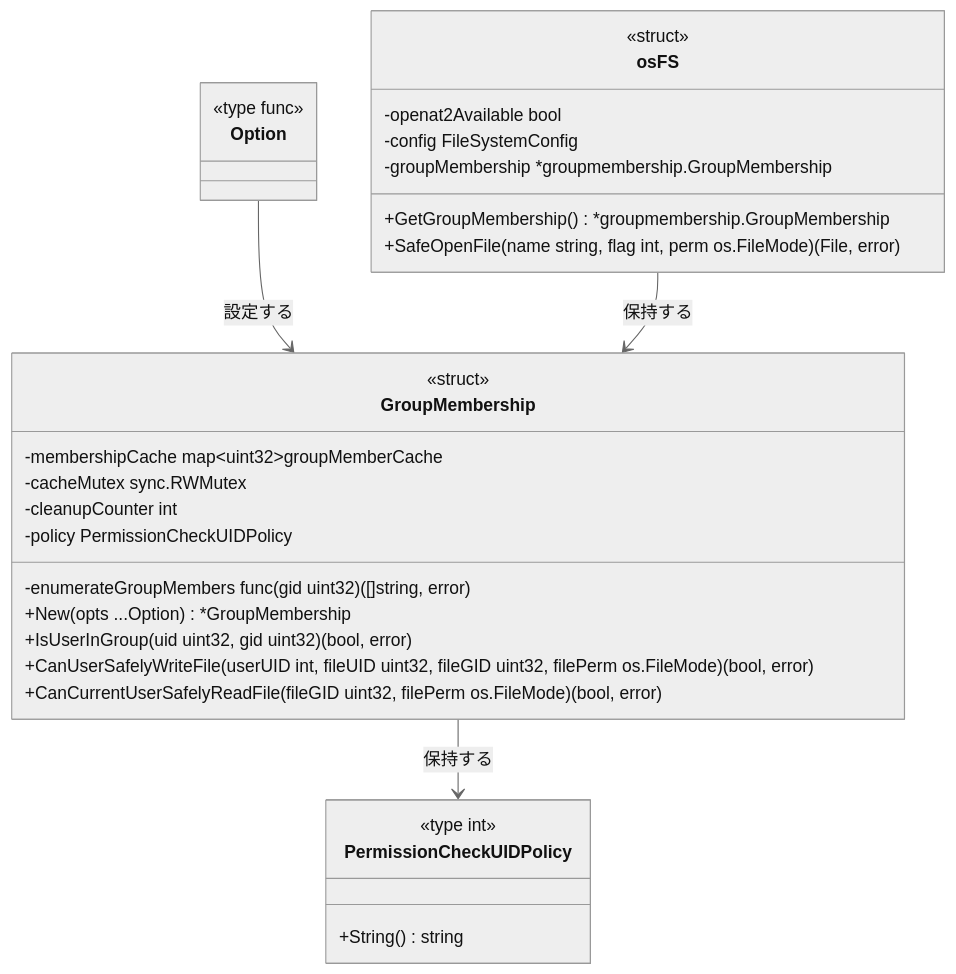
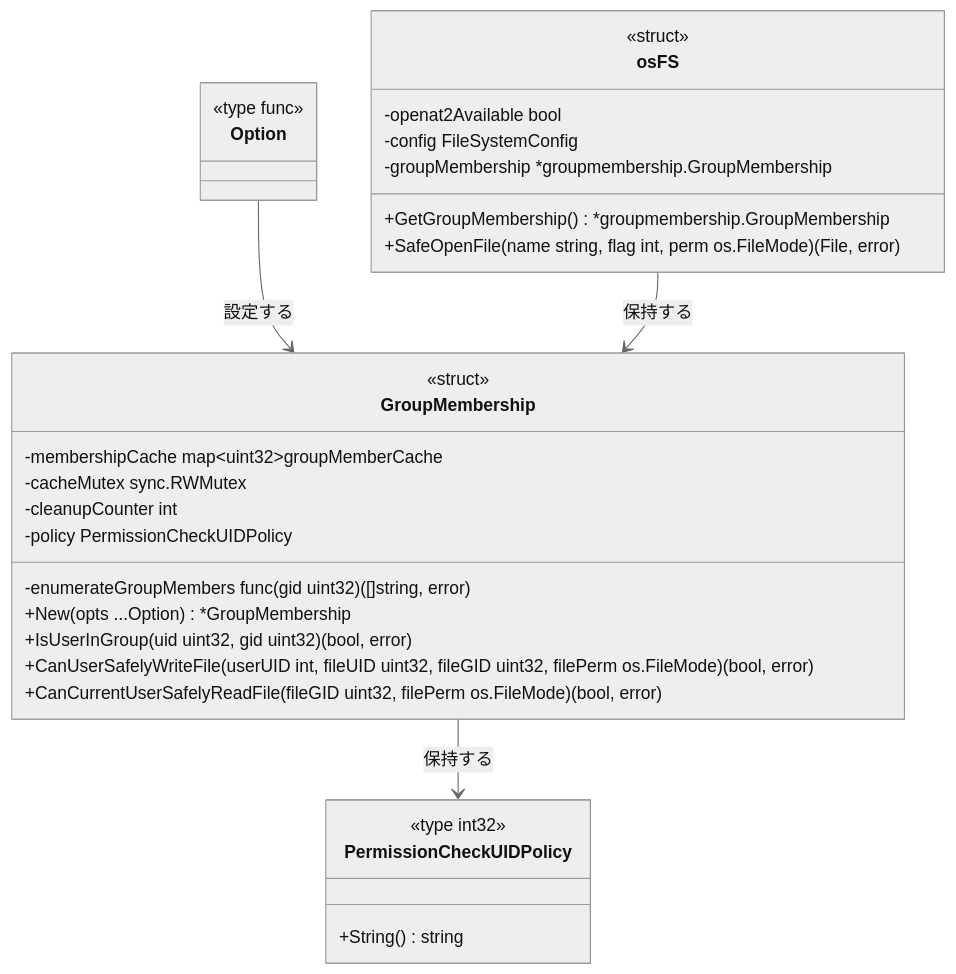
Before and after one commit to isseis/go-safe-cmd-runner: the eighth of 11 diagrams in docs/tasks/0160_permission_check_subject_explicit/02_architecture.md, drawn with Mermaid (neutral theme).

Commit message:
Potential fix for pull request finding

````diff
--- a/docs/tasks/0160_permission_check_subject_explicit/02_architecture.md
+++ b/docs/tasks/0160_permission_check_subject_explicit/02_architecture.md
@@ -364,37 +364,37 @@
 ```mermaid
 classDiagram
     class PermissionCheckUIDPolicy {
-        <<type int>>
+        <<type int32>>
         +String() string
     }
 
     class GroupMembership {
         <<struct>>
         -membershipCache map~uint32~groupMemberCache
         -cacheMutex sync.RWMutex
         -cleanupCounter int
         -enumerateGroupMembers func(gid uint32) ([]string, error)
         -policy PermissionCheckUIDPolicy
         +New(opts ...Option) *GroupMembership
         +IsUserInGroup(uid uint32, gid uint32) (bool, error)
         +CanUserSafelyWriteFile(userUID int, fileUID uint32, fileGID uint32, filePerm os.FileMode) (bool, error)
         +CanCurrentUserSafelyReadFile(fileGID uint32, filePerm os.FileMode) (bool, error)
     }
 
     class Option {
         <<type func>>
     }
 
     class osFS {
         <<struct>>
         -openat2Available bool
         -config FileSystemConfig
         -groupMembership *groupmembership.GroupMembership
         +GetGroupMembership() *groupmembership.GroupMembership
         +SafeOpenFile(name string, flag int, perm os.FileMode) (File, error)
     }
 
     GroupMembership --> PermissionCheckUIDPolicy : 保持する
     Option --> GroupMembership : 設定する
     osFS --> GroupMembership : 保持する
 ```
````
